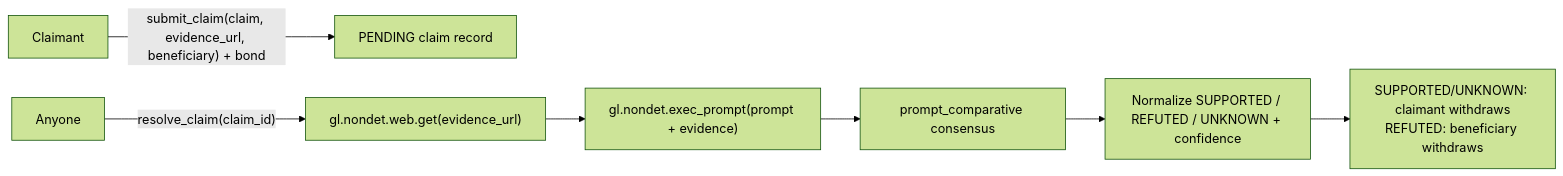
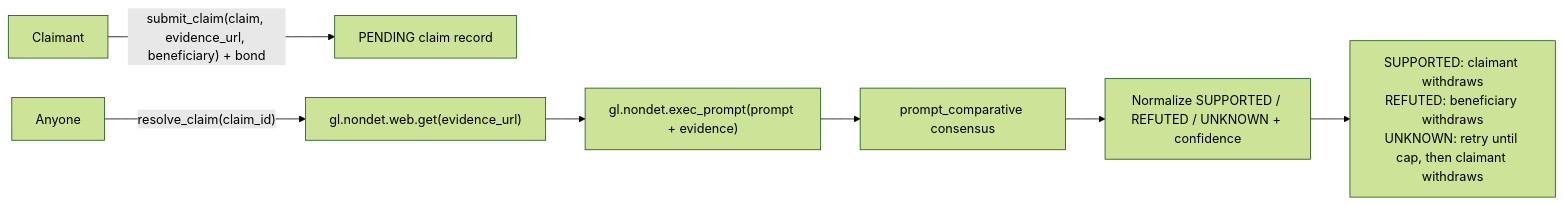
The diagram in README.md (Ifem1/bonded-claim-slashing), drawn with Mermaid (forest theme) before and after one commit. The commit also changed other lines of this file and 5 other files, not shown here.

````diff
--- a/README.md
+++ b/README.md
@@ -23,9 +23,9 @@
 ```mermaid
 flowchart LR
     A["Claimant"] -->|"submit_claim(claim, evidence_url, beneficiary) + bond"| B["PENDING claim record"]
     C["Anyone"] -->|"resolve_claim(claim_id)"| D["gl.nondet.web.get(evidence_url)"]
     D --> E["gl.nondet.exec_prompt(prompt + evidence)"]
     E --> F["prompt_comparative consensus"]
     F --> G["Normalize SUPPORTED / REFUTED / UNKNOWN + confidence"]
-    G --> H["SUPPORTED/UNKNOWN: claimant withdraws\nREFUTED: beneficiary withdraws"]
+    G --> H["SUPPORTED: claimant withdraws\nREFUTED: beneficiary withdraws\nUNKNOWN: retry until cap, then claimant withdraws"]
 ```
````
